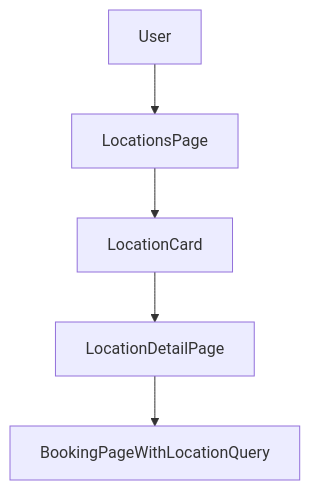
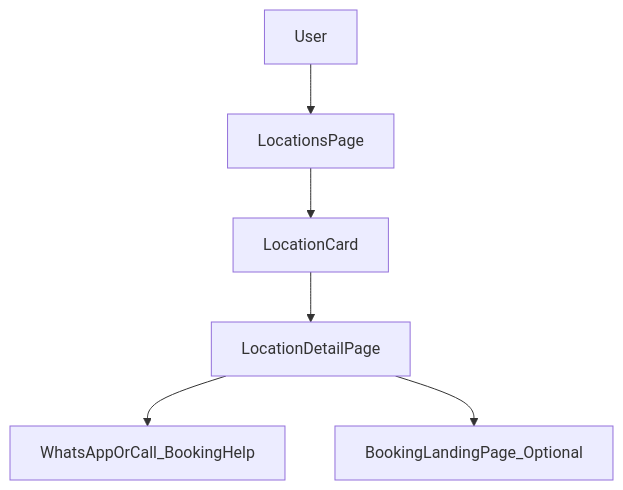
One commit to AmanVatsSharma/Gajanan-Maharaj-Sansthan changed the diagram in src/features/locations/MODULE_DOC.md. Above: the diagram before and after it, drawn with Mermaid. The commit also changed other lines of this file and 3 other files, not shown here.

````diff
--- a/src/features/locations/MODULE_DOC.md
+++ b/src/features/locations/MODULE_DOC.md
@@ -21,7 +21,8 @@
 ```mermaid
 flowchart TD
   user[User] --> locationsPage[LocationsPage]
   locationsPage --> card[LocationCard]
   card --> detail[LocationDetailPage]
-  detail --> booking[BookingPageWithLocationQuery]
+  detail --> contact[WhatsAppOrCall_BookingHelp]
+  detail --> bookingPage[BookingLandingPage_Optional]
 ```
````
